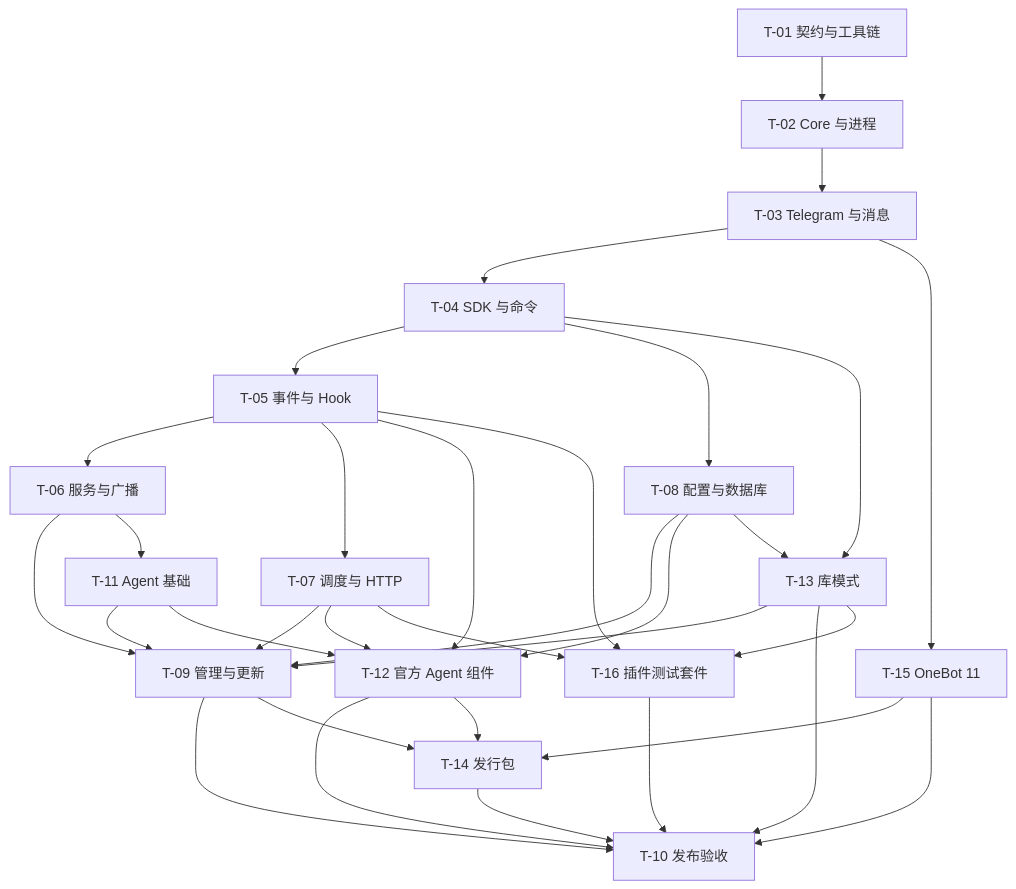
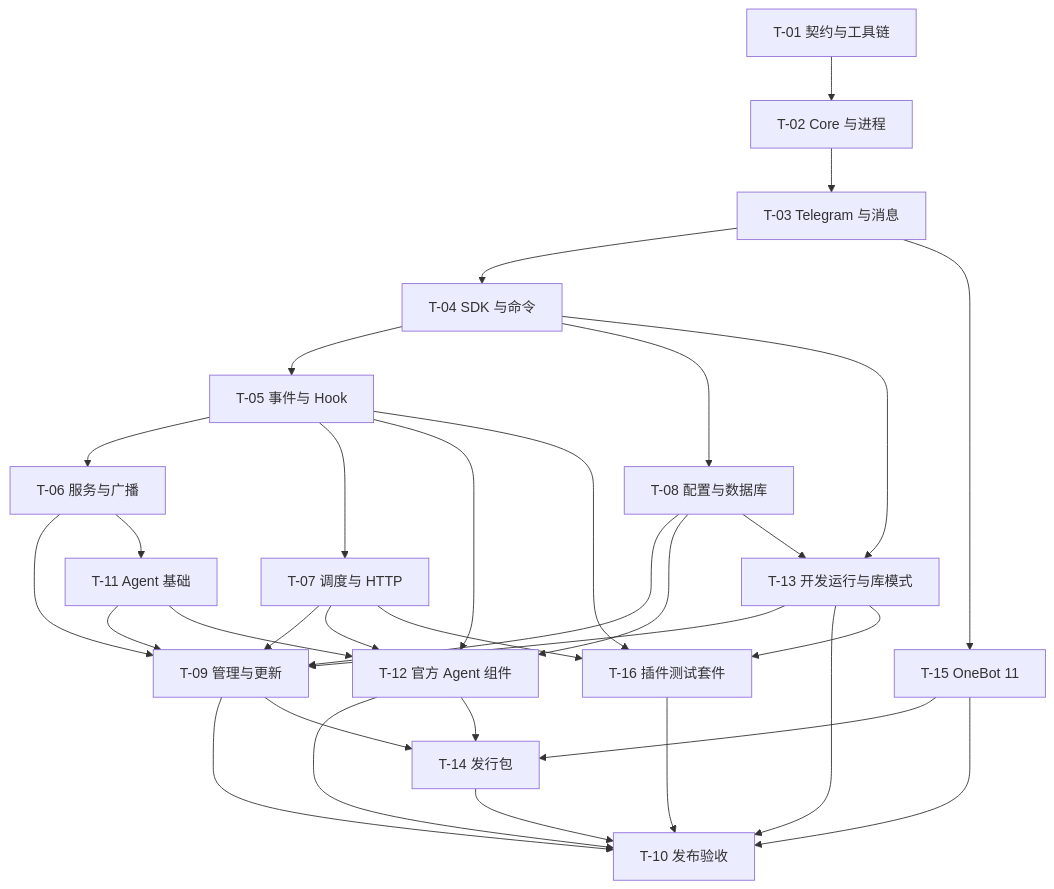
The diagram in spec/PLAN.md (AlonaBot/AlonaBot), drawn with Mermaid before and after one commit. The commit also changed other lines of this file and 17 other files, not shown here.

````diff
--- a/spec/PLAN.md
+++ b/spec/PLAN.md
@@ -69,35 +69,35 @@
 ```mermaid
 flowchart TD
   T01["T-01 契约与工具链"] --> T02["T-02 Core 与进程"]
   T02 --> T03["T-03 Telegram 与消息"]
   T03 --> T04["T-04 SDK 与命令"]
   T04 --> T05["T-05 事件与 Hook"]
   T04 --> T08["T-08 配置与数据库"]
   T05 --> T06["T-06 服务与广播"]
   T05 --> T07["T-07 调度与 HTTP"]
   T06 --> T09["T-09 管理与更新"]
   T07 --> T09
   T08 --> T09
   T06 --> T11["T-11 Agent 基础"]
   T11 --> T09
   T11 --> T12["T-12 官方 Agent 组件"]
   T05 --> T12
   T07 --> T12
   T08 --> T12
   T09 --> T10["T-10 发布验收"]
   T12 --> T10
-  T04 --> T13["T-13 库模式"]
+  T04 --> T13["T-13 开发运行与库模式"]
   T08 --> T13
   T13 --> T09
   T09 --> T14["T-14 发行包"]
   T12 --> T14
   T13 --> T10
   T14 --> T10
   T03 --> T15["T-15 OneBot 11"]
   T15 --> T14
   T15 --> T10
   T13 --> T16["T-16 插件测试套件"]
   T05 --> T16
   T07 --> T16
   T16 --> T10
 ```
````
